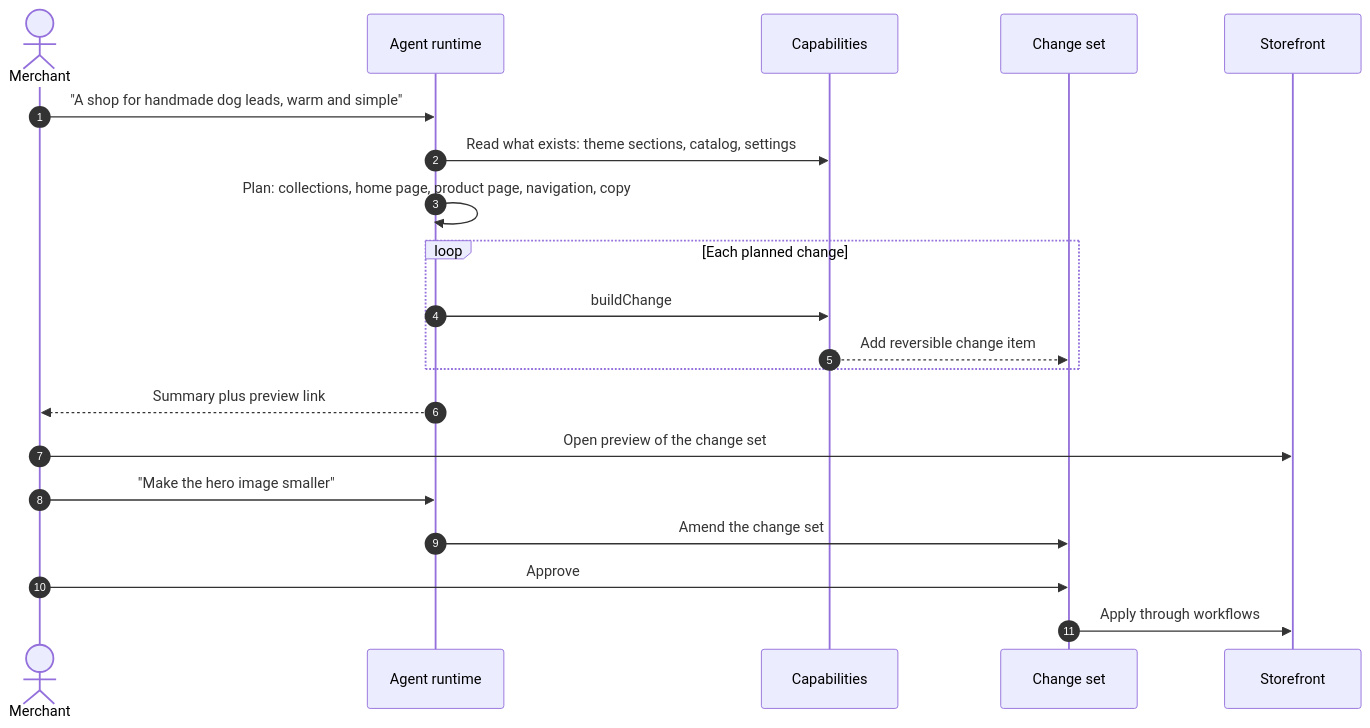
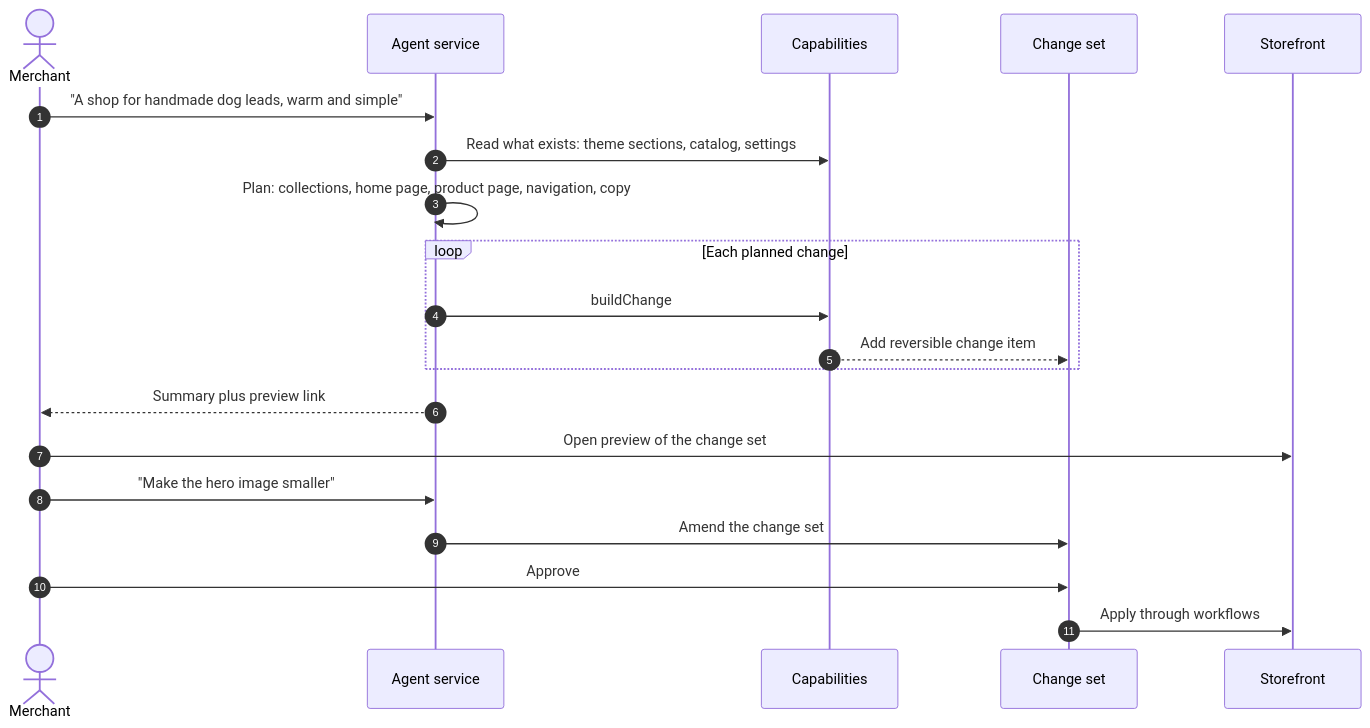
One commit to the-market-org/the-market changed the fourth of 5 diagrams in docs/architecture/agent-design-part-1-core.md. Above: the diagram before and after it, drawn with Mermaid. The commit also changed other lines of this file, not shown here.

Commit message:
Move the agent team into a separate agent service in part 1

````diff
--- a/docs/architecture/agent-design-part-1-core.md
+++ b/docs/architecture/agent-design-part-1-core.md
@@ -118,23 +137,23 @@
 ```mermaid
 sequenceDiagram
     autonumber
     actor Merchant
-    participant RT as Agent runtime
+    participant RT as Agent service
     participant CR as Capabilities
     participant CS as Change set
     participant SF as Storefront
 
     Merchant->>RT: "A shop for handmade dog leads, warm and simple"
     RT->>CR: Read what exists: theme sections, catalog, settings
     RT->>RT: Plan: collections, home page, product page, navigation, copy
     loop Each planned change
         RT->>CR: buildChange
         CR-->>CS: Add reversible change item
     end
     RT-->>Merchant: Summary plus preview link
     Merchant->>SF: Open preview of the change set
     Merchant->>RT: "Make the hero image smaller"
     RT->>CS: Amend the change set
     Merchant->>CS: Approve
     CS->>SF: Apply through workflows
 ```
````
